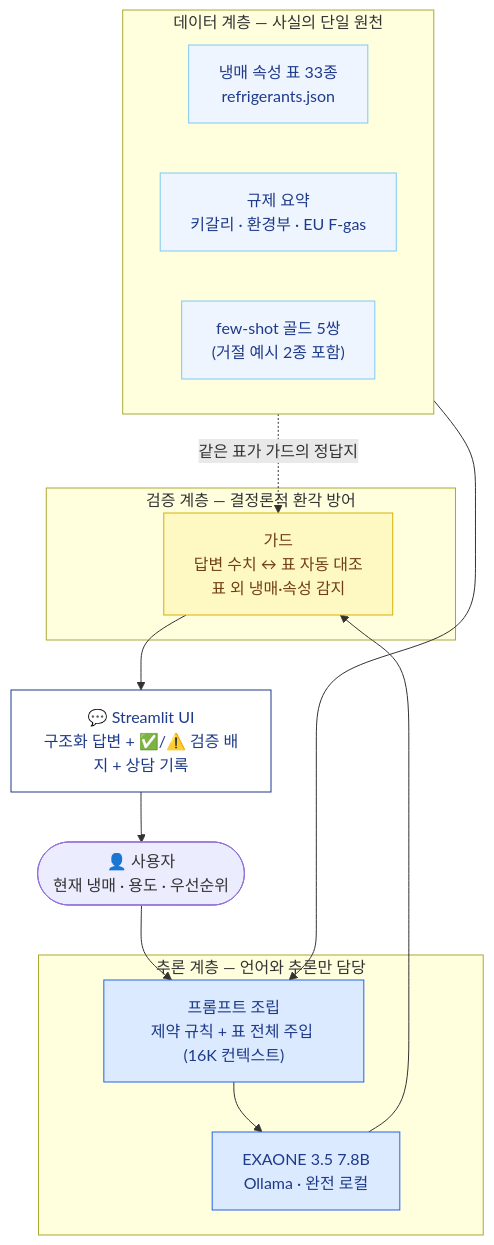
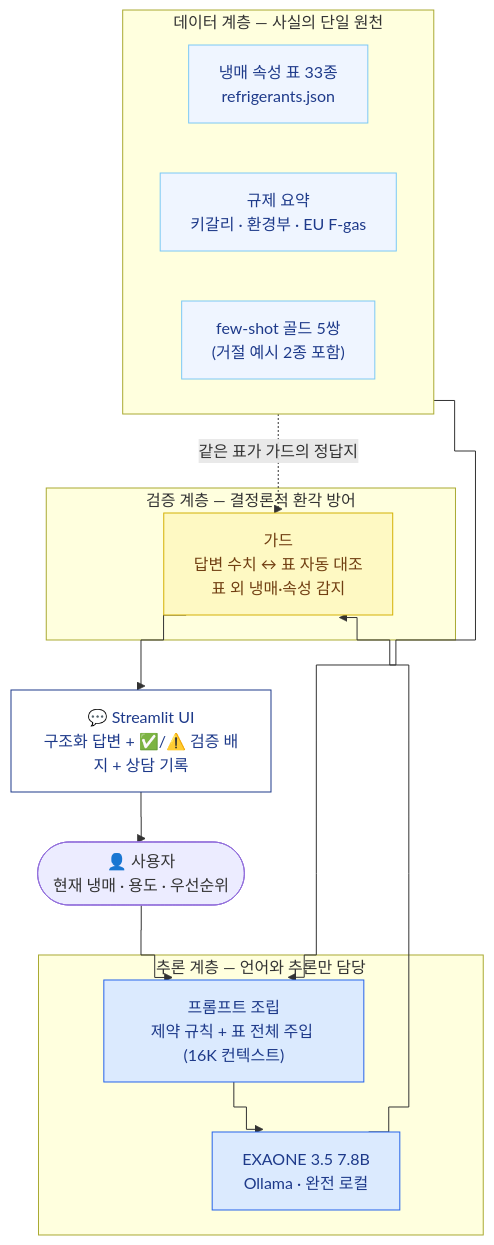
The diagram in README.md (YeonSooKim526/R-NEXT), drawn with Mermaid before and after one commit. The commit also changed other lines of this file, not shown here.

Commit message:
README: 다이어그램 직각 연결선으로 변경, 대회 산출물 문구 삭제

````diff
--- a/README.md
+++ b/README.md
@@ -39,35 +39,36 @@
 ```mermaid
+%%{init: {"flowchart": {"curve": "step"}}}%%
 flowchart TB
     USER(["👤 사용자<br/>현재 냉매 · 용도 · 우선순위"])
 
     subgraph DATA["데이터 계층 — 사실의 단일 원천"]
         direction LR
         R["냉매 속성 표 33종<br/>refrigerants.json"]
         REG["규제 요약<br/>키갈리 · 환경부 · EU F-gas"]
         FS["few-shot 골드 5쌍<br/>(거절 예시 2종 포함)"]
     end
 
     subgraph INFER["추론 계층 — 언어와 추론만 담당"]
         P["프롬프트 조립<br/>제약 규칙 + 표 전체 주입 (16K 컨텍스트)"]
         M["EXAONE 3.5 7.8B<br/>Ollama · 완전 로컬"]
     end
 
     subgraph VERIFY["검증 계층 — 결정론적 환각 방어"]
         G["가드<br/>답변 수치 ↔ 표 자동 대조<br/>표 외 냉매·속성 감지"]
     end
 
     UI["💬 Streamlit UI<br/>구조화 답변 + ✅/⚠️ 검증 배지 + 상담 기록"]
 
     USER --> P
     DATA --> P --> M --> G --> UI --> USER
     R -. "같은 표가 가드의 정답지" .-> G
 
     classDef data fill:#eff5ff,stroke:#7cc8f5,color:#1e3a8a
     classDef infer fill:#dbeafe,stroke:#2563eb,color:#1e3a8a
     classDef verify fill:#fef9c3,stroke:#d4b106,color:#713f12
     classDef ui fill:#ffffff,stroke:#1e3a8a,color:#1e3a8a
     class R,REG,FS data
     class P,M infer
     class G verify
     class UI ui
 ```
````
